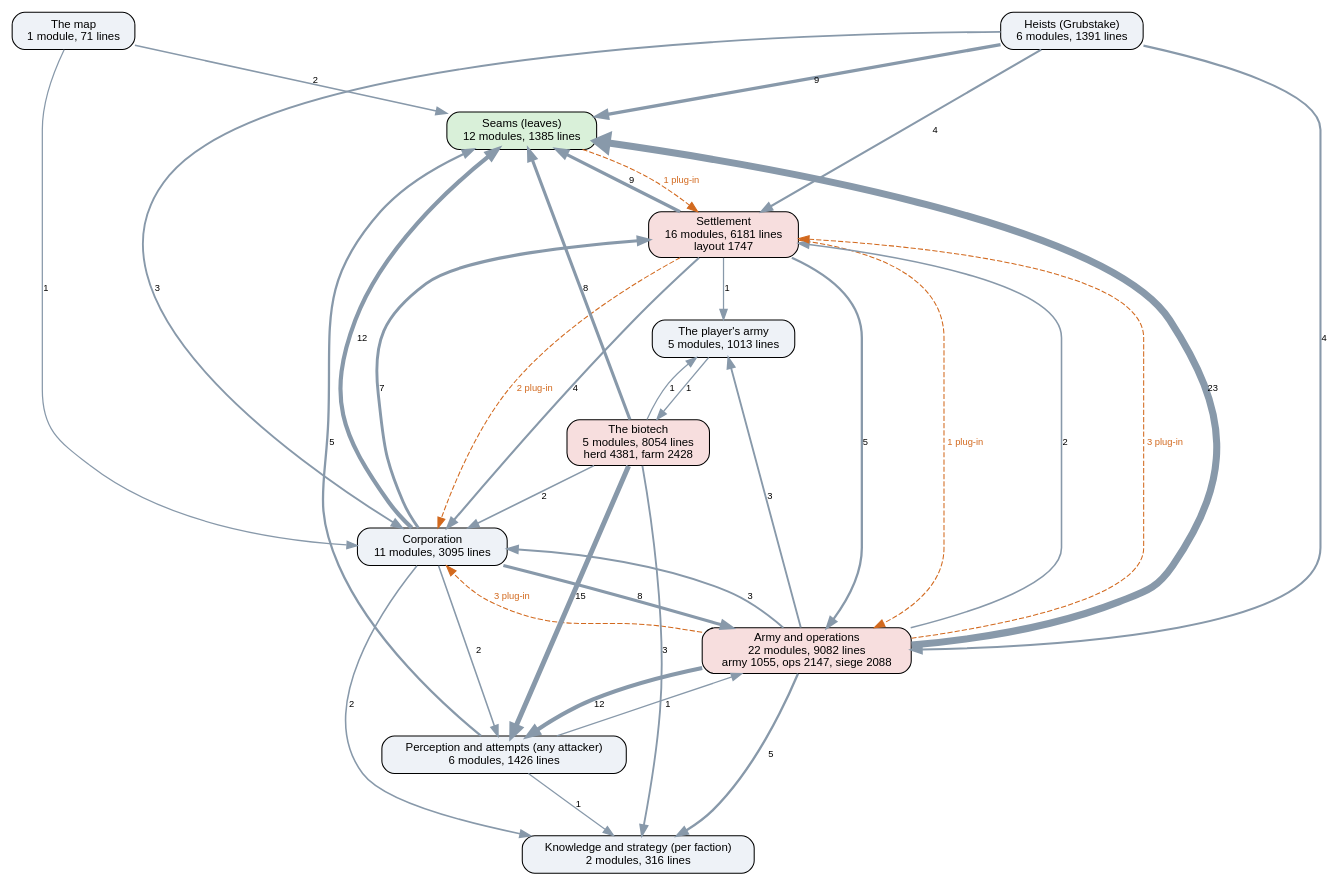
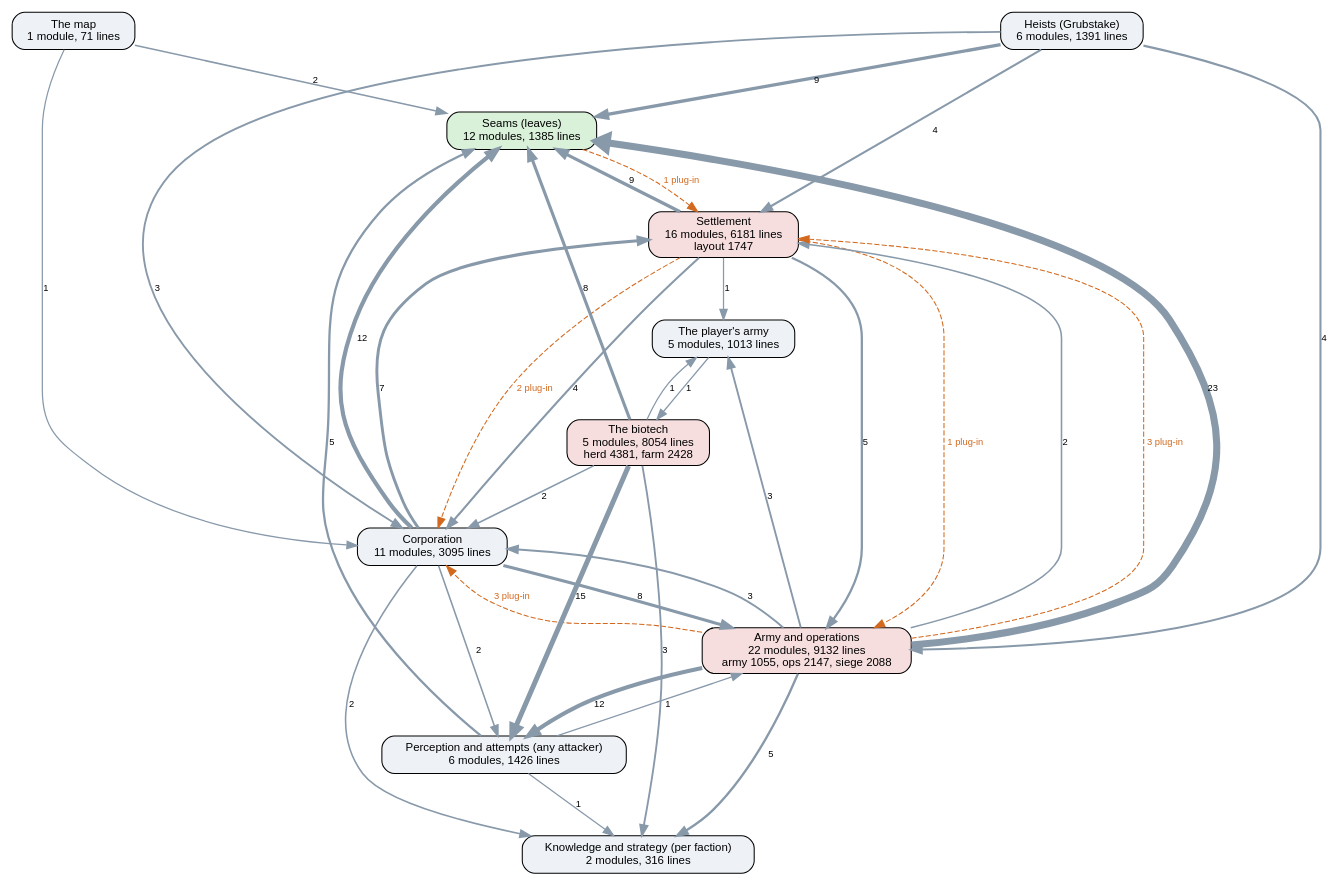
One commit to kinelhu/landing-party changed the diagram in docs/ai-layers.dot. Above: the diagram before and after it, drawn with Graphviz. The commit also changed 42 other files, not shown here.

```diff
--- a/docs/ai-layers.dot
+++ b/docs/ai-layers.dot
@@ -1,50 +1,50 @@
 digraph layers {
   graph [rankdir=TB, fontname="Helvetica", nodesep=0.5, ranksep=0.7];
   node [shape=box, style="rounded,filled", fontname="Helvetica", fontsize=11, fillcolor="#eef2f7"];
   edge [color="#8899aa", fontname="Helvetica", fontsize=9];
   "Seams (leaves)" [label="Seams (leaves)\n12 modules, 1385 lines", fillcolor="#d9f0d9"];
   "Perception and attempts (any attacker)" [label="Perception and attempts (any attacker)\n6 modules, 1426 lines", fillcolor="#eef2f7"];
   "Knowledge and strategy (per faction)" [label="Knowledge and strategy (per faction)\n2 modules, 316 lines", fillcolor="#eef2f7"];
   "Corporation" [label="Corporation\n11 modules, 3095 lines", fillcolor="#eef2f7"];
   "Settlement" [label="Settlement\n16 modules, 6181 lines\nlayout 1747", fillcolor="#f7dede"];
-  "Army and operations" [label="Army and operations\n22 modules, 9082 lines\narmy 1055, ops 2147, siege 2088", fillcolor="#f7dede"];
+  "Army and operations" [label="Army and operations\n22 modules, 9132 lines\narmy 1055, ops 2147, siege 2088", fillcolor="#f7dede"];
   "Heists (Grubstake)" [label="Heists (Grubstake)\n6 modules, 1391 lines", fillcolor="#eef2f7"];
   "The biotech" [label="The biotech\n5 modules, 8054 lines\nherd 4381, farm 2428", fillcolor="#f7dede"];
   "The map" [label="The map\n1 module, 71 lines", fillcolor="#eef2f7"];
   "The player's army" [label="The player's army\n5 modules, 1013 lines", fillcolor="#eef2f7"];
   "Army and operations" -> "Corporation" [label="3", penwidth=1.8];
   "Army and operations" -> "Knowledge and strategy (per faction)" [label="5", penwidth=2.2];
   "Army and operations" -> "Perception and attempts (any attacker)" [label="12", penwidth=4.0];
   "Army and operations" -> "Seams (leaves)" [label="23", penwidth=6.8];
   "Army and operations" -> "Settlement" [label="2", penwidth=1.5];
   "Army and operations" -> "The player's army" [label="3", penwidth=1.8];
   "Corporation" -> "Army and operations" [label="8", penwidth=3.0];
   "Corporation" -> "Knowledge and strategy (per faction)" [label="2", penwidth=1.5];
   "Corporation" -> "Perception and attempts (any attacker)" [label="2", penwidth=1.5];
   "Corporation" -> "Seams (leaves)" [label="12", penwidth=4.0];
   "Corporation" -> "Settlement" [label="7", penwidth=2.8];
   "Heists (Grubstake)" -> "Army and operations" [label="4", penwidth=2.0];
   "Heists (Grubstake)" -> "Corporation" [label="3", penwidth=1.8];
   "Heists (Grubstake)" -> "Seams (leaves)" [label="9", penwidth=3.2];
   "Heists (Grubstake)" -> "Settlement" [label="4", penwidth=2.0];
   "Perception and attempts (any attacker)" -> "Army and operations" [label="1", penwidth=1.2];
   "Perception and attempts (any attacker)" -> "Knowledge and strategy (per faction)" [label="1", penwidth=1.2];
   "Perception and attempts (any attacker)" -> "Seams (leaves)" [label="5", penwidth=2.2];
   "Settlement" -> "Army and operations" [label="5", penwidth=2.2];
   "Settlement" -> "Corporation" [label="4", penwidth=2.0];
   "Settlement" -> "Seams (leaves)" [label="9", penwidth=3.2];
   "Settlement" -> "The player's army" [label="1", penwidth=1.2];
   "The biotech" -> "Corporation" [label="2", penwidth=1.5];
   "The biotech" -> "Knowledge and strategy (per faction)" [label="3", penwidth=1.8];
   "The biotech" -> "Perception and attempts (any attacker)" [label="15", penwidth=4.8];
   "The biotech" -> "Seams (leaves)" [label="8", penwidth=3.0];
   "The biotech" -> "The player's army" [label="1", penwidth=1.2];
   "The map" -> "Corporation" [label="1", penwidth=1.2];
   "The map" -> "Seams (leaves)" [label="2", penwidth=1.5];
   "The player's army" -> "The biotech" [label="1", penwidth=1.2];
   "Army and operations" -> "Corporation" [style=dashed, color="#d2691e", fontcolor="#d2691e", label="3 plug-in"];
   "Army and operations" -> "Settlement" [style=dashed, color="#d2691e", fontcolor="#d2691e", label="3 plug-in"];
   "Seams (leaves)" -> "Settlement" [style=dashed, color="#d2691e", fontcolor="#d2691e", label="1 plug-in"];
   "Settlement" -> "Army and operations" [style=dashed, color="#d2691e", fontcolor="#d2691e", label="1 plug-in"];
   "Settlement" -> "Corporation" [style=dashed, color="#d2691e", fontcolor="#d2691e", label="2 plug-in"];
 }
```
